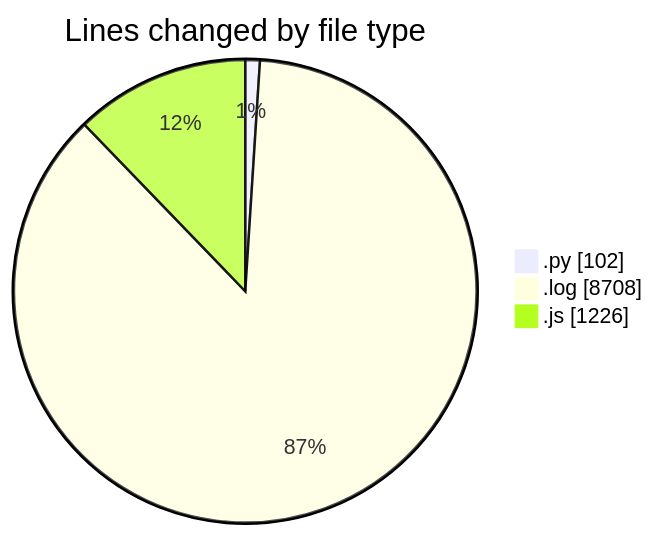
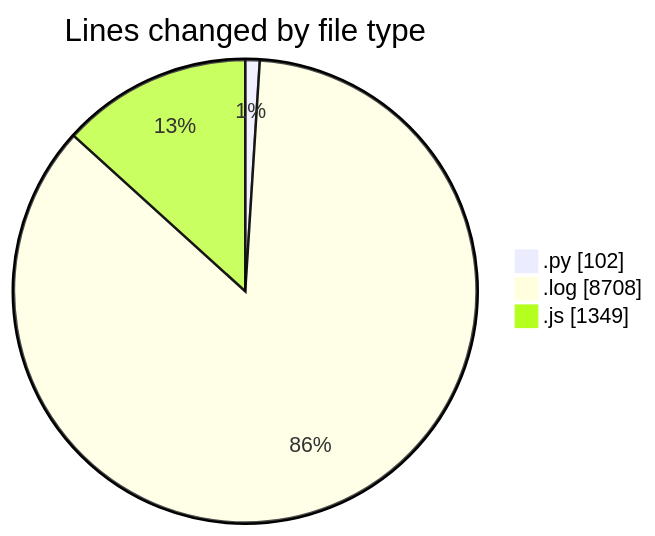
One commit to nxtqubesakshisongat/code-tracking changed the first of 2 diagrams in 2025-04-19/nxtqube_webapp/README.md. Above: the diagram before and after it, drawn with Mermaid. The commit also changed other lines of this file and 1 other file, not shown here.

````diff
--- a/2025-04-19/nxtqube_webapp/README.md
+++ b/2025-04-19/nxtqube_webapp/README.md
@@ -27,7 +27,7 @@
 ```mermaid
 pie showData
 title Lines changed by file type
 ".py" : 102
 ".log" : 8708
-".js" : 1226
+".js" : 1349
 ```
````
